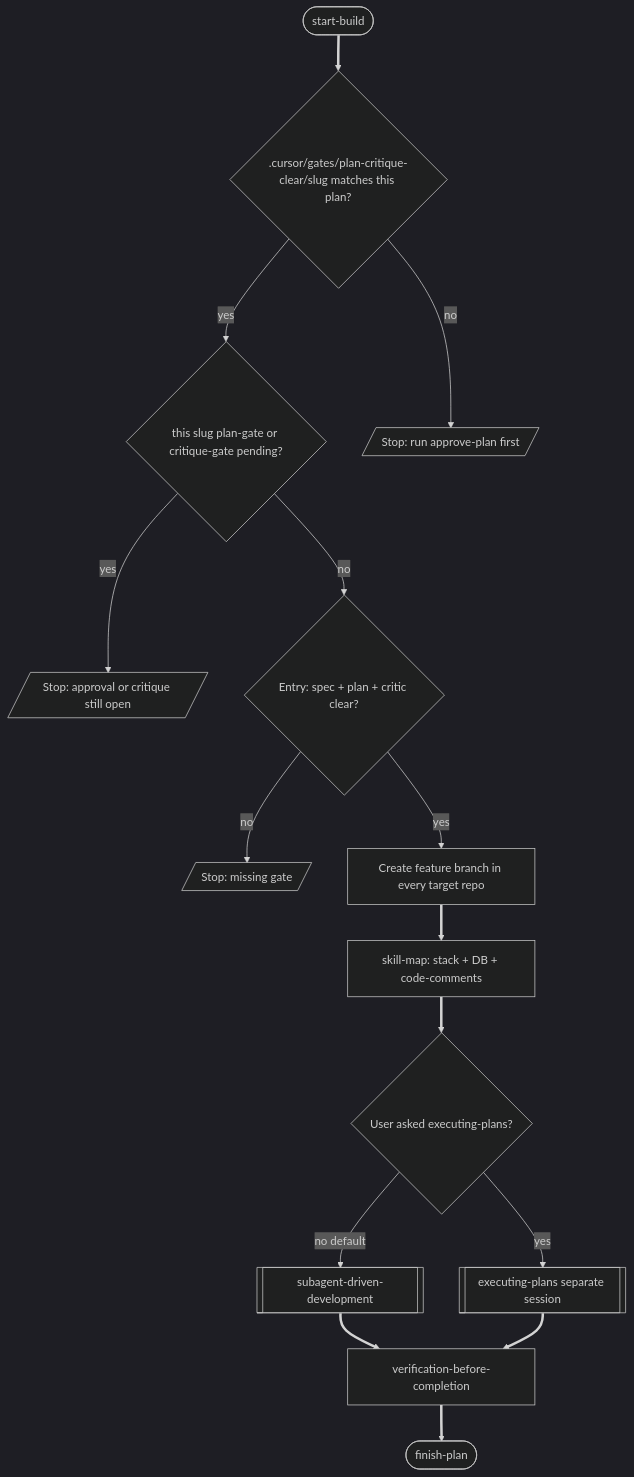
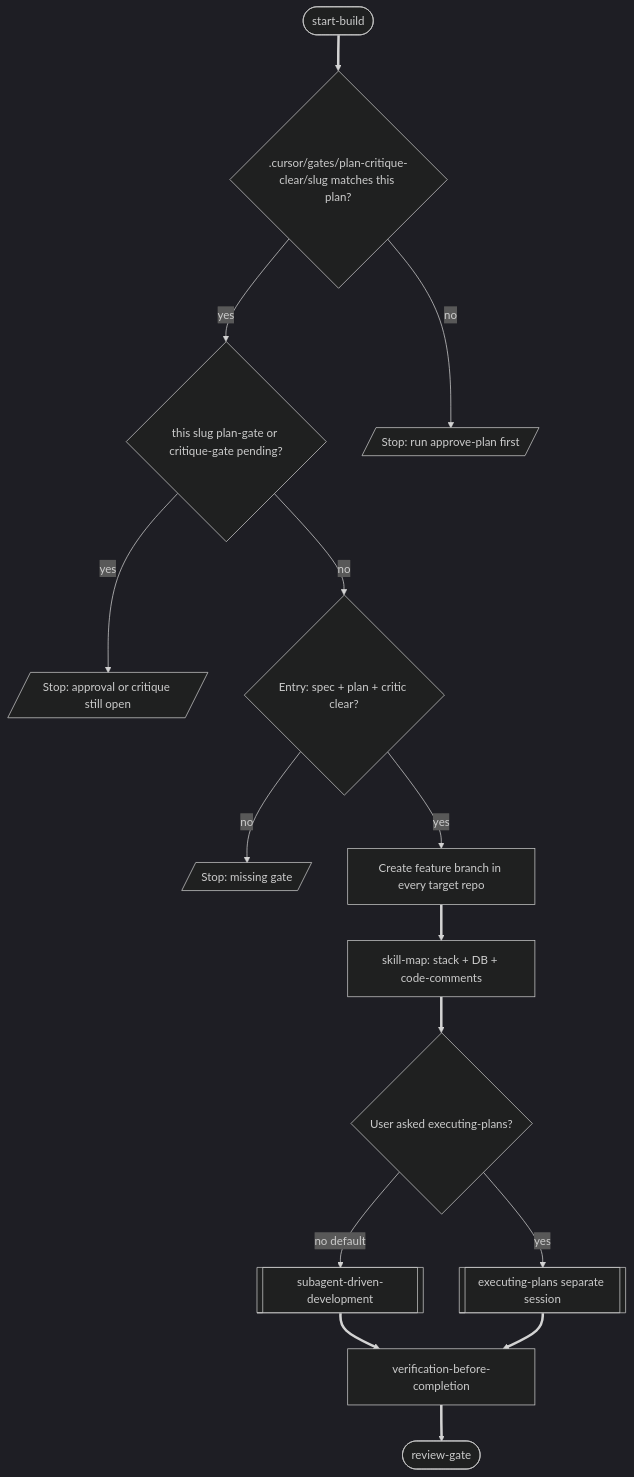
The fifth of 13 diagrams in docs/superpowers/pipeline-flow.md (a-trembak/cursor-spells), drawn with Mermaid (dark theme) before and after one commit. The commit also changed other lines of this file and 5 other files, not shown here.

First line of the commit message:
docs(pipeline): name post-build HITL review-gate and show cycles

````diff
--- a/docs/superpowers/pipeline-flow.md
+++ b/docs/superpowers/pipeline-flow.md
@@ -183,32 +250,32 @@
 ```mermaid
 flowchart TD
   startBuildCmd(["start-build"])
   checkClear{".cursor/gates/plan-critique-clear/slug matches this plan?"}
   checkPending{"this slug plan-gate or critique-gate pending?"}
   stopApprove[/"Stop: run approve-plan first"/]
   stopPending[/"Stop: approval or critique still open"/]
   entryOk{Entry: spec + plan + critic clear?}
   stopEntry[/"Stop: missing gate"/]
   branchSetup["Create feature branch in every target repo"]
   skillRoute["skill-map: stack + DB + code-comments"]
   execMode{User asked executing-plans?}
   sdd[["subagent-driven-development"]]
   ep[["executing-plans separate session"]]
   verify["verification-before-completion"]
-  toFinish(["finish-plan"])
+  toReviewGate(["review-gate"])
 
   startBuildCmd ==> checkClear
   checkClear -->|"no"| stopApprove
   checkClear -->|"yes"| checkPending
   checkPending -->|"yes"| stopPending
   checkPending -->|"no"| entryOk
   entryOk -->|"no"| stopEntry
   entryOk -->|"yes"| branchSetup
   branchSetup ==> skillRoute
   skillRoute ==> execMode
   execMode -->|"no default"| sdd
   execMode -->|"yes"| ep
   sdd ==> verify
   ep ==> verify
-  verify ==> toFinish
+  verify ==> toReviewGate
 ```
````
